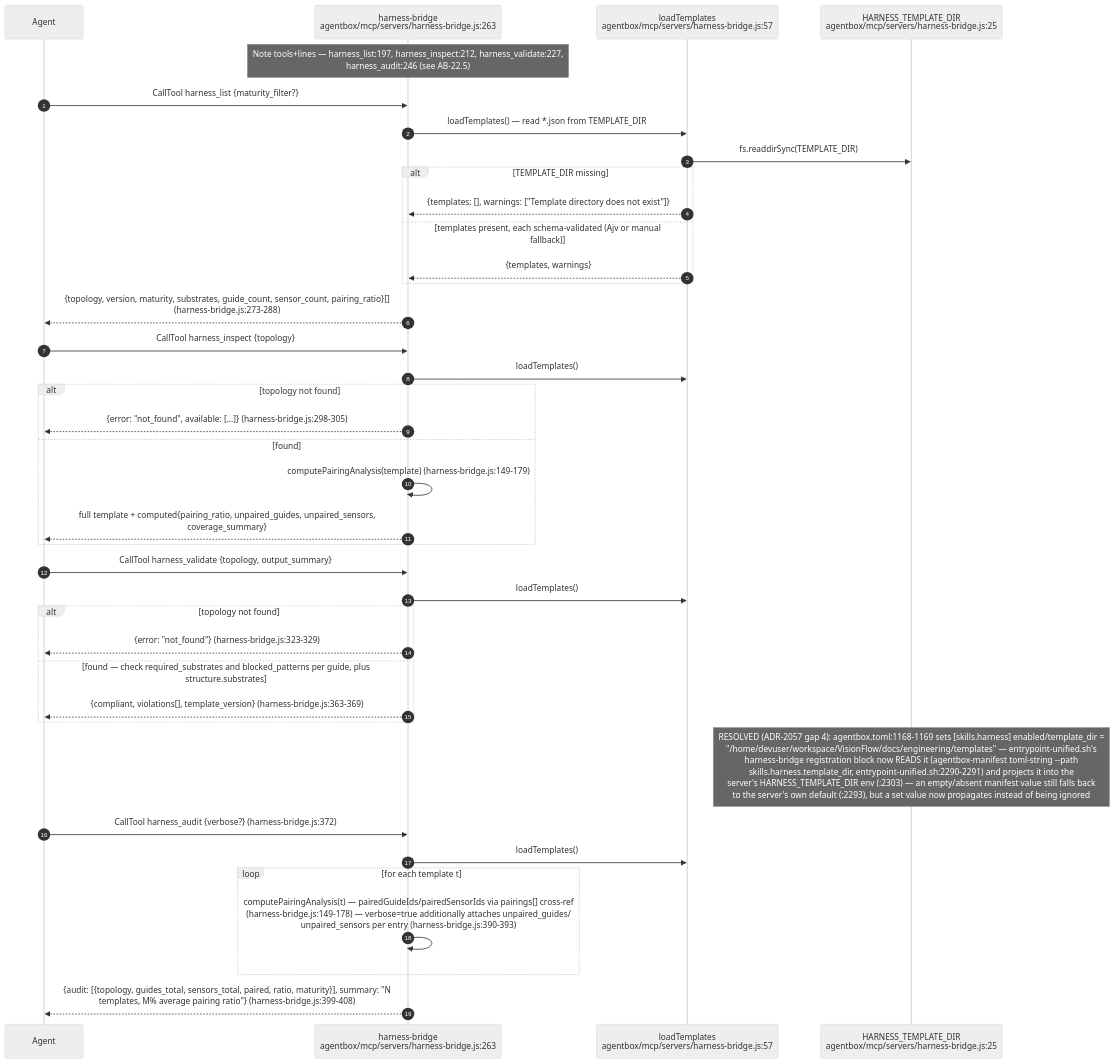
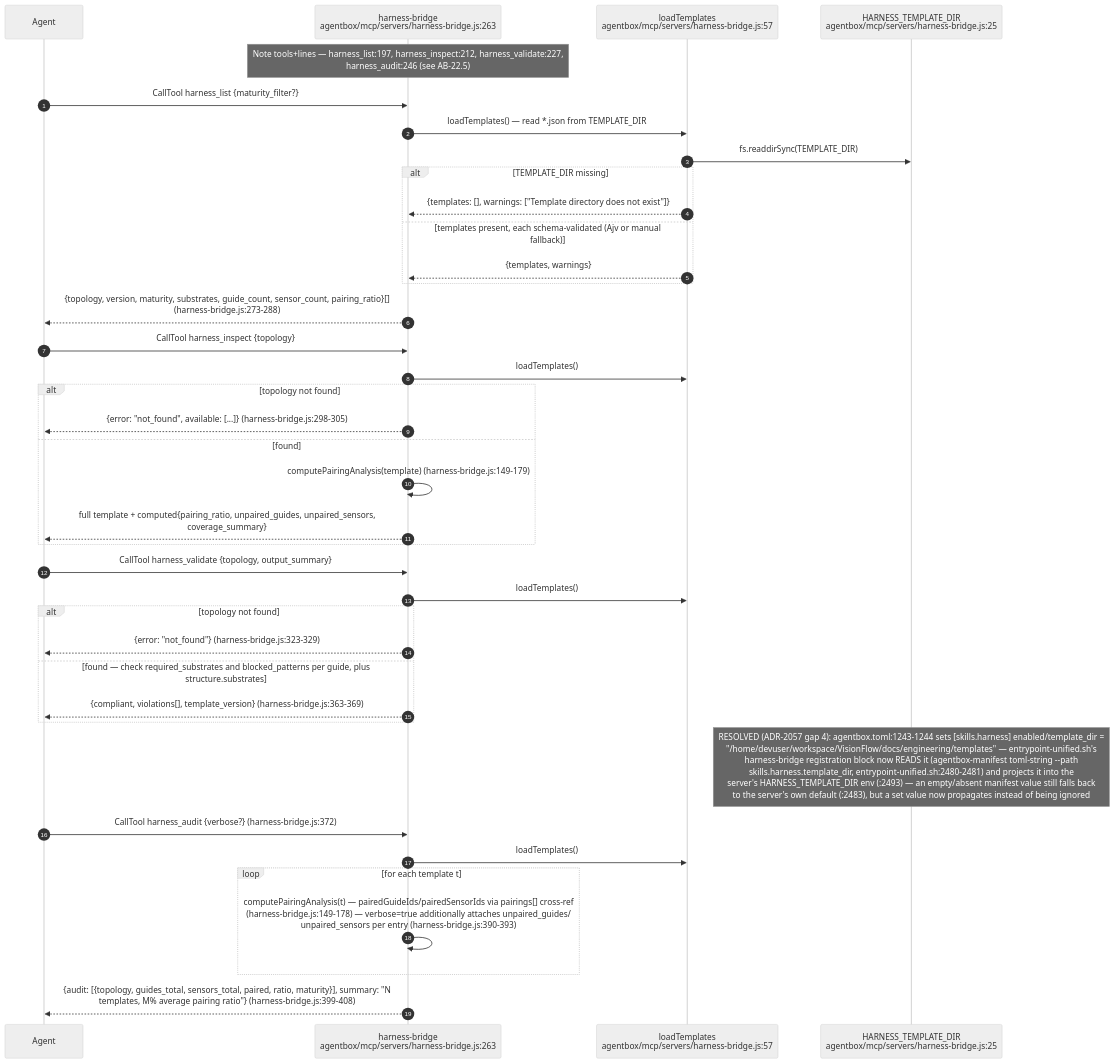
Before and after one commit to DreamLab-AI/VisionFlow: the fifth of 12 diagrams in docs/diagrams/agentbox/22-skills-and-routing.md, drawn with Mermaid (neutral theme). The commit also changed other lines of this file and 160 other files, not shown here.

````diff
--- a/docs/diagrams/agentbox/22-skills-and-routing.md
+++ b/docs/diagrams/agentbox/22-skills-and-routing.md
@@ -209,44 +215,44 @@
 ```mermaid
 sequenceDiagram
     autonumber
     participant AG as Agent
     participant HB as harness-bridge<br/>agentbox/mcp/servers/harness-bridge.js:263
     participant LT as loadTemplates<br/>agentbox/mcp/servers/harness-bridge.js:57
     participant TD as HARNESS_TEMPLATE_DIR<br/>agentbox/mcp/servers/harness-bridge.js:25
 
     Note over HB: Note tools+lines — harness_list:197, harness_inspect:212, harness_validate:227,<br/>harness_audit:246 (see AB-22.5)
     AG->>HB: CallTool harness_list {maturity_filter?}
     HB->>LT: loadTemplates() — read *.json from TEMPLATE_DIR
     LT->>TD: fs.readdirSync(TEMPLATE_DIR)
     alt TEMPLATE_DIR missing
         LT-->>HB: {templates: [], warnings: ["Template directory does not exist"]}
     else templates present, each schema-validated (Ajv or manual fallback)
         LT-->>HB: {templates, warnings}
     end
     HB-->>AG: {topology, version, maturity, substrates, guide_count, sensor_count, pairing_ratio}[]<br/>(harness-bridge.js:273-288)
 
     AG->>HB: CallTool harness_inspect {topology}
     HB->>LT: loadTemplates()
     alt topology not found
         HB-->>AG: {error: "not_found", available: [...]} (harness-bridge.js:298-305)
     else found
         HB->>HB: computePairingAnalysis(template) (harness-bridge.js:149-179)
         HB-->>AG: full template + computed{pairing_ratio, unpaired_guides, unpaired_sensors,<br/>coverage_summary}
     end
 
     AG->>HB: CallTool harness_validate {topology, output_summary}
     HB->>LT: loadTemplates()
     alt topology not found
         HB-->>AG: {error: "not_found"} (harness-bridge.js:323-329)
     else found — check required_substrates and blocked_patterns per guide, plus structure.substrates
         HB-->>AG: {compliant, violations[], template_version} (harness-bridge.js:363-369)
     end
-    Note over TD: RESOLVED (ADR-2057 gap 4): agentbox.toml:1168-1169 sets [skills.harness] enabled/template_dir =<br/>"/home/devuser/workspace/VisionFlow/docs/engineering/templates" — entrypoint-unified.sh's<br/>harness-bridge registration block now READS it (agentbox-manifest toml-string --path<br/>skills.harness.template_dir, entrypoint-unified.sh:2290-2291) and projects it into the<br/>server's HARNESS_TEMPLATE_DIR env (:2303) — an empty/absent manifest value still falls back<br/>to the server's own default (:2293), but a set value now propagates instead of being ignored
+    Note over TD: RESOLVED (ADR-2057 gap 4): agentbox.toml:1243-1244 sets [skills.harness] enabled/template_dir =<br/>"/home/devuser/workspace/VisionFlow/docs/engineering/templates" — entrypoint-unified.sh's<br/>harness-bridge registration block now READS it (agentbox-manifest toml-string --path<br/>skills.harness.template_dir, entrypoint-unified.sh:2480-2481) and projects it into the<br/>server's HARNESS_TEMPLATE_DIR env (:2493) — an empty/absent manifest value still falls back<br/>to the server's own default (:2483), but a set value now propagates instead of being ignored
 
     AG->>HB: CallTool harness_audit {verbose?} (harness-bridge.js:372)
     HB->>LT: loadTemplates()
     loop for each template t
         HB->>HB: computePairingAnalysis(t) — pairedGuideIds/pairedSensorIds via pairings[] cross-ref<br/>(harness-bridge.js:149-178) — verbose=true additionally attaches unpaired_guides/<br/>unpaired_sensors per entry (harness-bridge.js:390-393)
     end
     HB-->>AG: {audit: [{topology, guides_total, sensors_total, paired, ratio, maturity}], summary: "N<br/>templates, M% average pairing ratio"} (harness-bridge.js:399-408)
 ```
````
